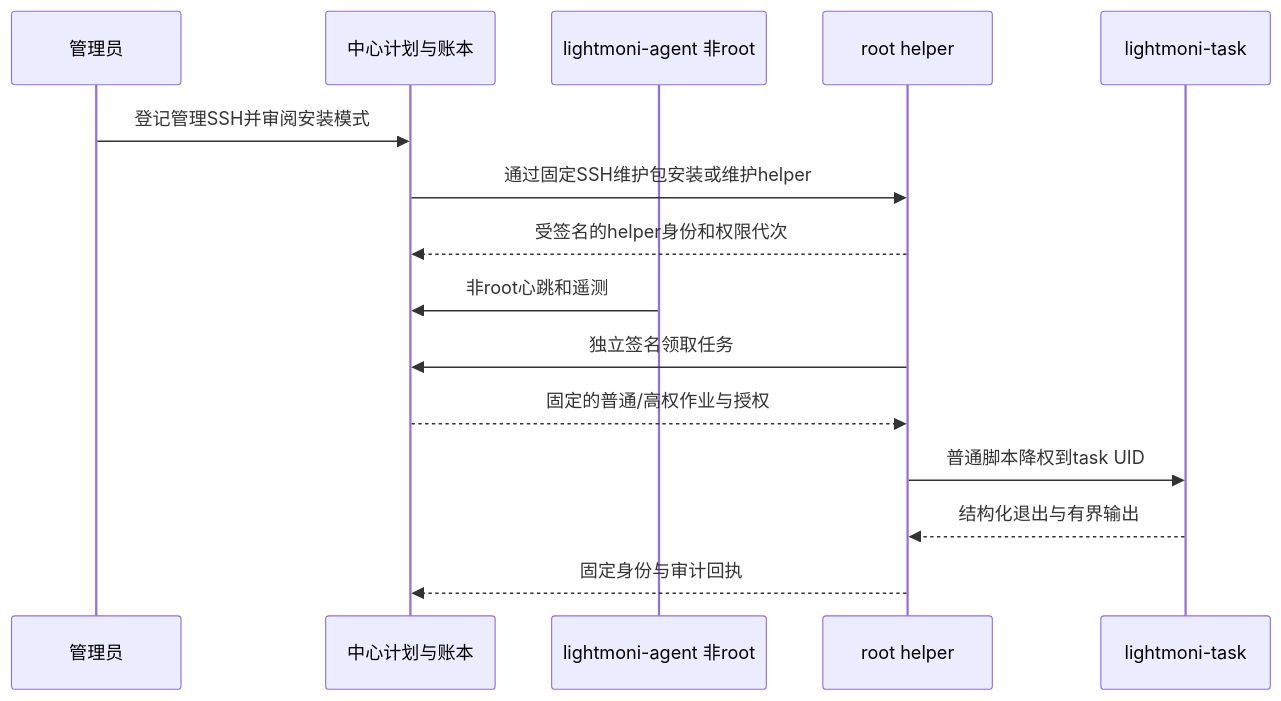
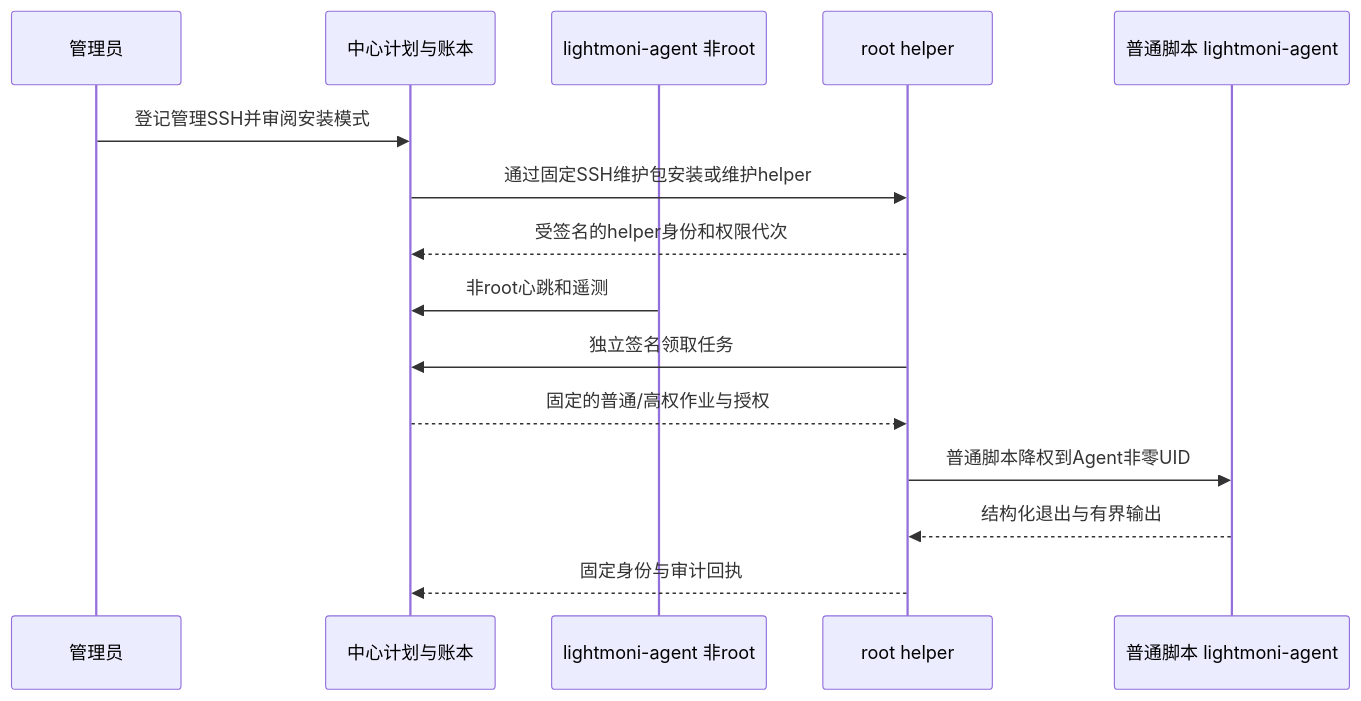
Before and after one commit to workhold/lightmoni: diagram 42 of 42 in docs/system-design.md, drawn with Mermaid. The commit also changed other lines of this file and 75 other files, not shown here.

````diff
--- a/docs/system-design.md
+++ b/docs/system-design.md
@@ -2203,17 +2203,17 @@
 ```mermaid
 sequenceDiagram
   participant U as 管理员
   participant C as 中心计划与账本
   participant A as lightmoni-agent 非root
   participant H as root helper
-  participant T as lightmoni-task
+  participant T as 普通脚本 lightmoni-agent
   U->>C: 登记管理SSH并审阅安装模式
   C->>H: 通过固定SSH维护包安装或维护helper
   H-->>C: 受签名的helper身份和权限代次
   A->>C: 非root心跳和遥测
   H->>C: 独立签名领取任务
   C-->>H: 固定的普通/高权作业与授权
-  H->>T: 普通脚本降权到task UID
+  H->>T: 普通脚本降权到Agent非零UID
   T-->>H: 结构化退出与有界输出
   H-->>C: 固定身份与审计回执
 ```
````
